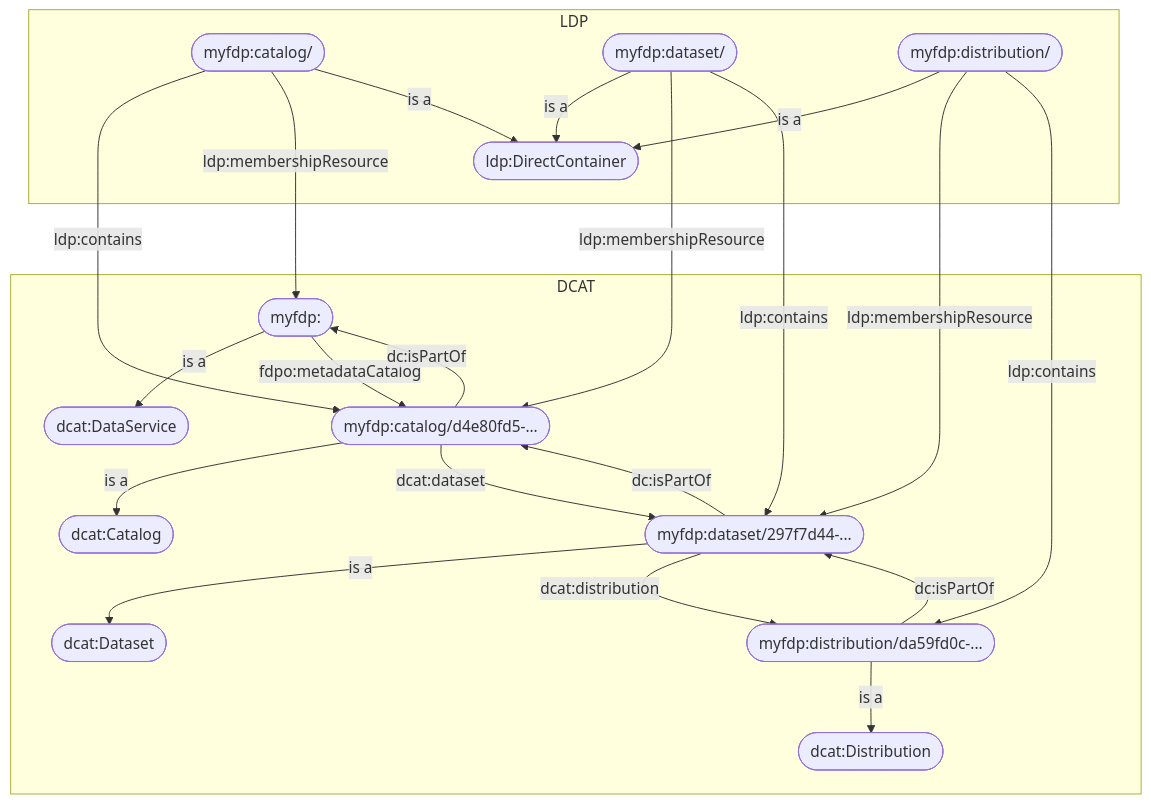
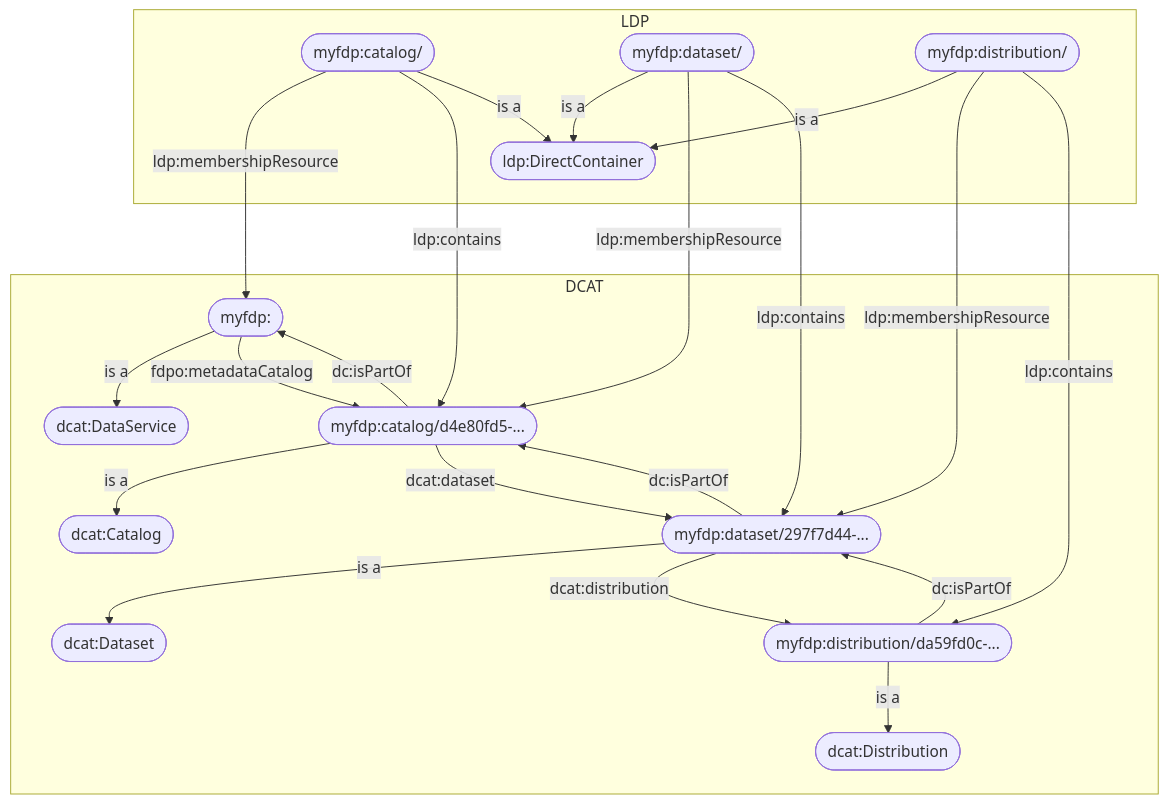
Before and after one commit to fdp-specs/fdp-specs.github.io: the diagram in .diagrams/fdp-v1-dcat-ldp.mermaid, drawn with Mermaid. The commit also changed other lines of this file, not shown here.

Commit message:
rearrange ldp relations for catalog in diagram

```diff
--- a/.diagrams/fdp-v1-dcat-ldp.mermaid
+++ b/.diagrams/fdp-v1-dcat-ldp.mermaid
@@ -1,55 +1,55 @@
 flowchart TD
 
 %% classes
     ldpdc([ldp:DirectContainer])
     dcatser([dcat:DataService])
     dcatcat([dcat:Catalog])
     dcatdat([dcat:Dataset])
     dcatdis([dcat:Distribution])
 %% dcat resources
     myfdp([myfdp:])
     mycat([myfdp:catalog/d4e80fd5-...])
     mydat([myfdp:dataset/297f7d44-...])
     mydis([myfdp:distribution/da59fd0c-...])
 %% ldp containers
     mycatcon(["myfdp:catalog/"])
     mydatcon(["myfdp:dataset/"])
     mydiscon(["myfdp:distribution/"])
 
     subgraph DCAT
     %% fdp
         myfdp -- is a --> dcatser
         myfdp -- fdpo:metadataCatalog --> mycat
     %% catalog
         mycat -- is a --> dcatcat
         mycat -- dc:isPartOf --> myfdp
         mycat -- dcat:dataset --> mydat
     %% dataset
         mydat -- is a --> dcatdat
         mydat -- dc:isPartOf --> mycat
         mydat -- dcat:distribution --> mydis
     %% distribution
         mydis -- is a --> dcatdis
         mydis -- dc:isPartOf --> mydat
 
     %% https://www.w3.org/TR/vocab-dcat-3/#inverse-properties
     %% https://www.w3.org/TR/vocab-dcat-3/#Property:resource_relation
     %% https://www.w3.org/TR/vocab-dcat-3/#qualified-relationship
     %% https://www.w3.org/TR/vocab-dcat-3/#Property:resource_is_referenced_by
 
     end
 
     subgraph LDP
     %% catalog
+        mycatcon -- ldp:membershipResource ---> myfdp
         mycatcon -- ldp:contains ---> mycat
-        mycatcon -- ldp:membershipResource ---> myfdp
         mycatcon -- is a --> ldpdc
     %% dataset
         mydatcon -- is a --> ldpdc
         mydatcon -- ldp:membershipResource ---> mycat
         mydatcon -- ldp:contains ---> mydat
     %% distribution
         mydiscon -- is a --> ldpdc
         mydiscon -- ldp:membershipResource ---> mydat
         mydiscon -- ldp:contains ---> mydis
     end
```
